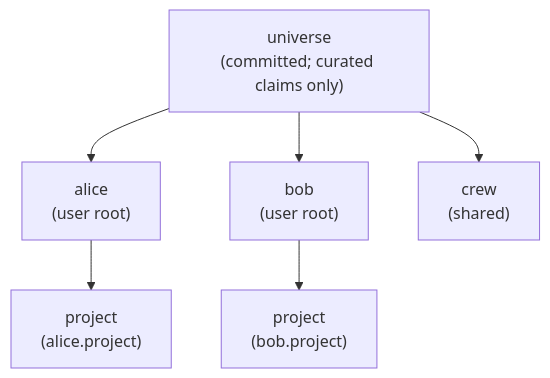
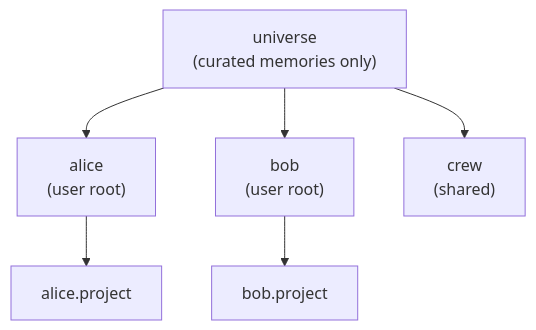
The second of 3 diagrams in docs/architecture/workareas.md (e8kor/open-memory-lab), drawn with Mermaid before and after one commit. The commit also changed other lines of this file and 67 other files, not shown here.

````diff
--- a/docs/architecture/workareas.md
+++ b/docs/architecture/workareas.md
@@ -102,14 +46,14 @@
 ```mermaid
 flowchart TD
-    U["universe<br/>(committed; curated claims only)"]
+    U["universe<br/>(curated memories only)"]
     A["alice<br/>(user root)"]
     B["bob<br/>(user root)"]
-    AP["project<br/>(alice.project)"]
-    BP["project<br/>(bob.project)"]
     C["crew<br/>(shared)"]
+    AP["alice.project"]
+    BP["bob.project"]
     U --> A
     U --> B
     U --> C
     A --> AP
     B --> BP
 ```
````
